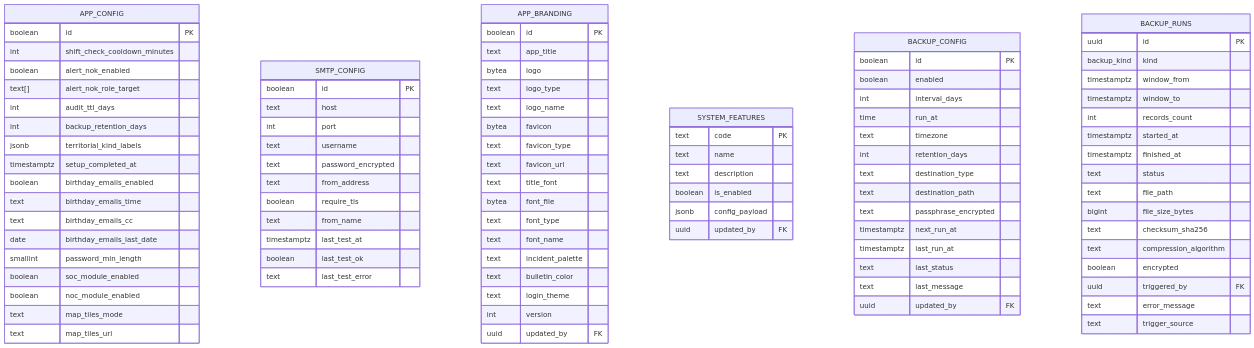
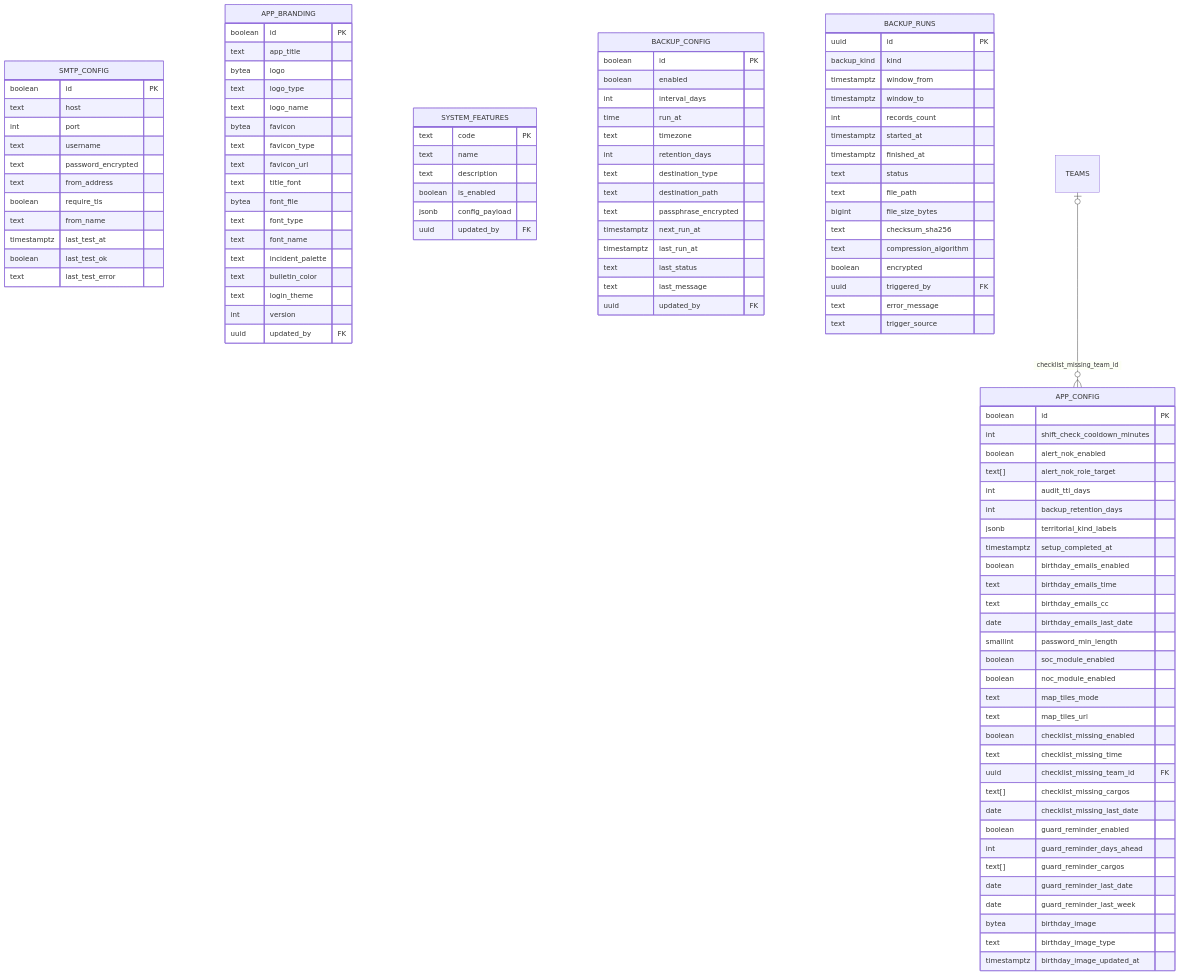
Before and after one commit to athomo001/BitacoraSOC: diagram 13 of 15 in docs/modelo-de-datos.md, drawn with Mermaid. The commit also changed other lines of this file and 197 other files, not shown here.

````diff
--- a/docs/modelo-de-datos.md
+++ b/docs/modelo-de-datos.md
@@ -1342,6 +1355,19 @@
         boolean noc_module_enabled
         text map_tiles_mode
         text map_tiles_url
+        boolean checklist_missing_enabled
+        text checklist_missing_time
+        uuid checklist_missing_team_id FK
+        text[] checklist_missing_cargos
+        date checklist_missing_last_date
+        boolean guard_reminder_enabled
+        int guard_reminder_days_ahead
+        text[] guard_reminder_cargos
+        date guard_reminder_last_date
+        date guard_reminder_last_week
+        bytea birthday_image
+        text birthday_image_type
+        timestamptz birthday_image_updated_at
     }
     SMTP_CONFIG {
         boolean id PK
@@ -1417,4 +1443,6 @@
         text error_message
         text trigger_source
     }
+
+    TEAMS |o--o{ APP_CONFIG : "checklist_missing_team_id"
 ```
````
